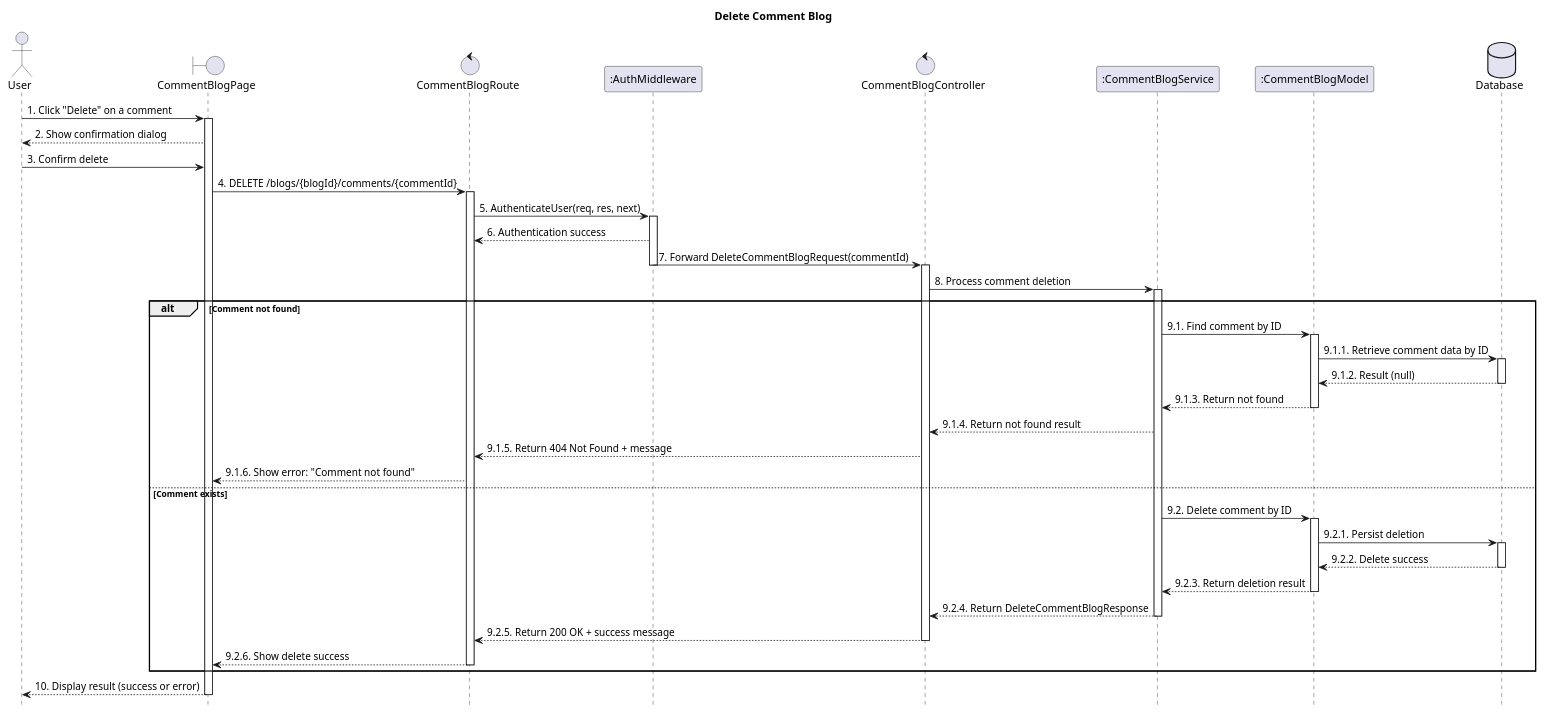
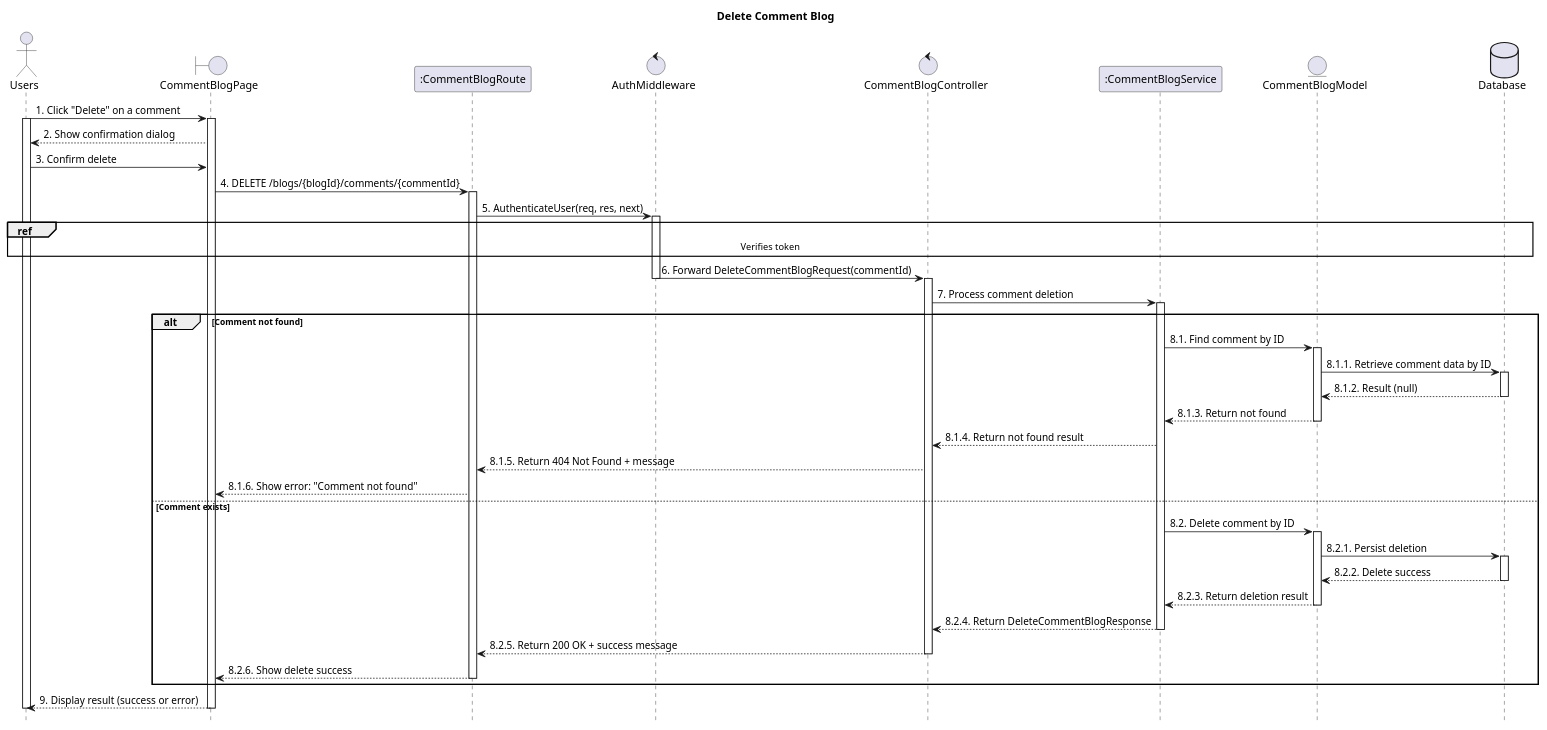
Before and after one commit to VietDurian/VietDurian: the diagram in planuml/web/16.4_deleteCommentBlog.puml, drawn with PlantUML. The commit also changed 29 other files, not shown here.

Commit message:
Adjust sequence for Web

```diff
--- a/planuml/web/16.4_deleteCommentBlog.puml
+++ b/planuml/web/16.4_deleteCommentBlog.puml
@@ -1,69 +1,71 @@
 @startuml 16.4_deleteCommentBlog
 hide footbox
 title Delete Comment Blog
 
-actor User
+actor User as "Users"
 boundary CommentBlogPage as View
-control CommentBlogRoute as Route
-participant ":AuthMiddleware" as Middleware
+participant ":CommentBlogRoute" as Route
+control "AuthMiddleware" as Middleware
 control "CommentBlogController" as Controller
 participant ":CommentBlogService" as Service
-participant ":CommentBlogModel" as Model
+entity "CommentBlogModel" as Model
 database Database as Database
 
 User -> View : 1. Click "Delete" on a comment
 activate View
+activate User
 View --> User : 2. Show confirmation dialog
 User -> View : 3. Confirm delete
 
     View -> Route : 4. DELETE /blogs/{blogId}/comments/{commentId}
     activate Route
 
     Route -> Middleware : 5. AuthenticateUser(req, res, next)
     activate Middleware
-    Middleware --> Route : 6. Authentication success
-    Middleware -> Controller : 7. Forward DeleteCommentBlogRequest(commentId)
+    ref over User, Database : Verifies token
+    Middleware -> Controller : 6. Forward DeleteCommentBlogRequest(commentId)
     deactivate Middleware
     activate Controller
 
-    Controller -> Service : 8. Process comment deletion
+    Controller -> Service : 7. Process comment deletion
     activate Service
 
 alt Comment not found
-    Service -> Model : 9.1. Find comment by ID
+    Service -> Model : 8.1. Find comment by ID
     activate Model
 
-    Model -> Database : 9.1.1. Retrieve comment data by ID
+    Model -> Database : 8.1.1. Retrieve comment data by ID
     activate Database
-    Database --> Model : 9.1.2. Result (null)
+    Database --> Model : 8.1.2. Result (null)
     deactivate Database
 
-    Model --> Service : 9.1.3. Return not found
+    Model --> Service : 8.1.3. Return not found
     deactivate Model
 
-        Service --> Controller : 9.1.4. Return not found result
-        Controller --> Route : 9.1.5. Return 404 Not Found + message
-        Route --> View : 9.1.6. Show error: "Comment not found"
+        Service --> Controller : 8.1.4. Return not found result
+        Controller --> Route : 8.1.5. Return 404 Not Found + message
+        Route --> View : 8.1.6. Show error: "Comment not found"
 else Comment exists
-        Service -> Model : 9.2. Delete comment by ID
+        Service -> Model : 8.2. Delete comment by ID
         activate Model
 
-        Model -> Database : 9.2.1. Persist deletion
+        Model -> Database : 8.2.1. Persist deletion
         activate Database
-        Database --> Model : 9.2.2. Delete success
+        Database --> Model : 8.2.2. Delete success
         deactivate Database
 
-        Model --> Service : 9.2.3. Return deletion result
+        Model --> Service : 8.2.3. Return deletion result
         deactivate Model
 
-        Service --> Controller : 9.2.4. Return DeleteCommentBlogResponse
+        Service --> Controller : 8.2.4. Return DeleteCommentBlogResponse
         deactivate Service
-        Controller --> Route : 9.2.5. Return 200 OK + success message
+        Controller --> Route : 8.2.5. Return 200 OK + success message
         deactivate Controller
-        Route --> View : 9.2.6. Show delete success
+        Route --> View : 8.2.6. Show delete success
         deactivate Route
 end
 
-View --> User : 10. Display result (success or error)
+View --> User : 9. Display result (success or error)
 deactivate View
+deactivate User
 @enduml
```
